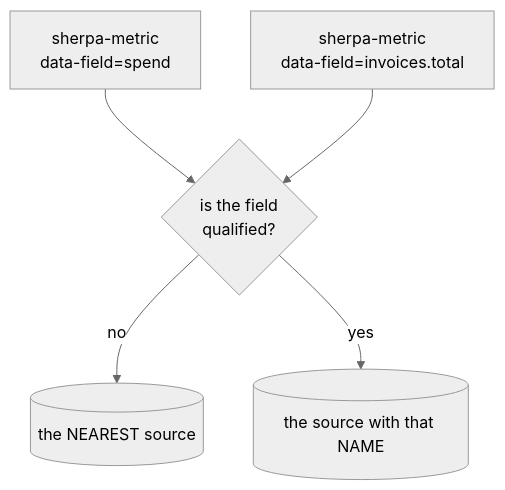
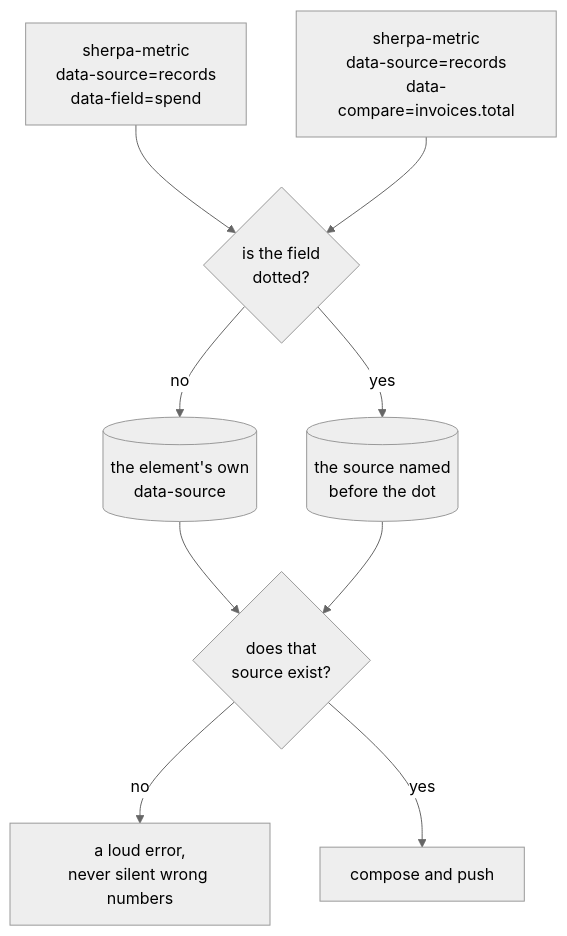
One commit to Mincher/sherpa-ui changed the fifth of 10 diagrams in docs/FILTER-REVIEW.md. Above: the diagram before and after it, drawn with Mermaid (neutral theme). The commit also changed other lines of this file, not shown here.

First line of the commit message:
docs(review): a source is NAMED, never inferred

````diff
--- a/docs/FILTER-REVIEW.md
+++ b/docs/FILTER-REVIEW.md
@@ -607,7 +612,11 @@
 ```mermaid
 flowchart TB
-  M1["sherpa-metric<br/>data-field=spend"] --> N{"is the field<br/>qualified?"}
-  M2["sherpa-metric<br/>data-field=invoices.total"] --> N
-  N -- "no" --> NEAR[("the NEAREST source")]
-  N -- "yes" --> NAMED[("the source with that NAME")]
+  M1["sherpa-metric<br/>data-source=records<br/>data-field=spend"] --> N{"is the field<br/>dotted?"}
+  M2["sherpa-metric<br/>data-source=records<br/>data-compare=invoices.total"] --> N
+  N -- "no" --> OWN[("the element's own<br/>data-source")]
+  N -- "yes" --> NAMED[("the source named<br/>before the dot")]
+  OWN --> ERR{"does that<br/>source exist?"}
+  NAMED --> ERR
+  ERR -- "no" --> LOUD["a loud error,<br/>never silent wrong numbers"]
+  ERR -- "yes" --> OK["compose and push"]
 ```
````
